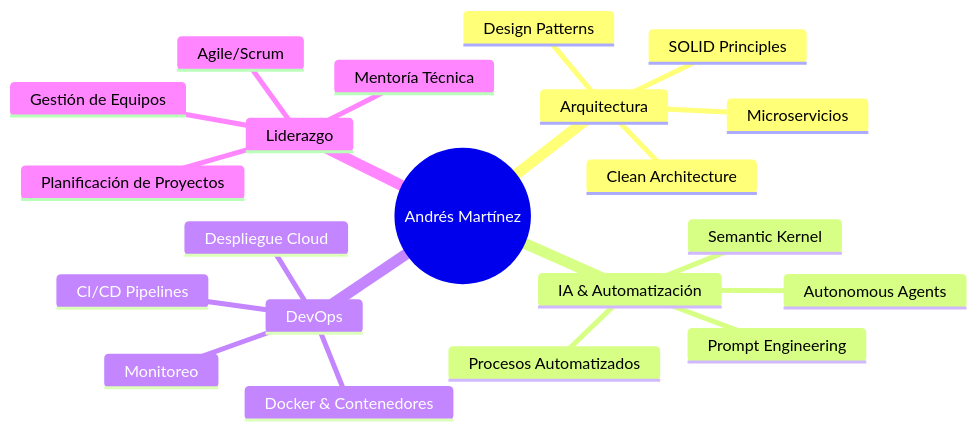
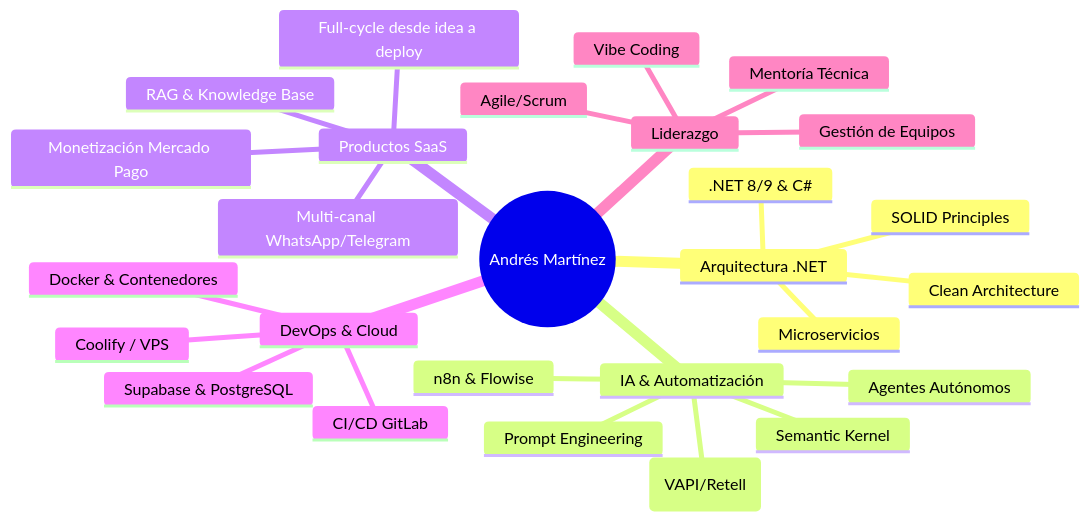
One commit to Andres-MMG/Andres-MMG changed the diagram in README.md. Above: the diagram before and after it, drawn with Mermaid. The commit also changed other lines of this file, not shown here.

Commit message:
feat: actualizar perfil - posicionamiento Arquitecto de Software + IA, proyectos reales y skills actualizados

````diff
--- a/README.md
+++ b/README.md
@@ -186,24 +226,30 @@
 ```mermaid
 mindmap
   root((Andrés Martínez))
-    Arquitectura
+    Arquitectura .NET
       Clean Architecture
       Microservicios
       SOLID Principles
-      Design Patterns
+      .NET 8/9 & C#
     IA & Automatización
       Prompt Engineering
       Semantic Kernel
-      Autonomous Agents
-      Procesos Automatizados
-    DevOps
+      Agentes Autónomos
+      n8n & Flowise
+      Voice AI (VAPI/Retell)
+    Productos SaaS
+      Full-cycle desde idea a deploy
+      Monetización Mercado Pago
+      RAG & Knowledge Base
+      Multi-canal WhatsApp/Telegram
+    DevOps & Cloud
       Docker & Contenedores
-      CI/CD Pipelines
-      Despliegue Cloud
-      Monitoreo
+      CI/CD GitLab
+      Coolify / VPS
+      Supabase & PostgreSQL
     Liderazgo
       Gestión de Equipos
       Agile/Scrum
       Mentoría Técnica
-      Planificación de Proyectos
+      Vibe Coding
 ```
````
